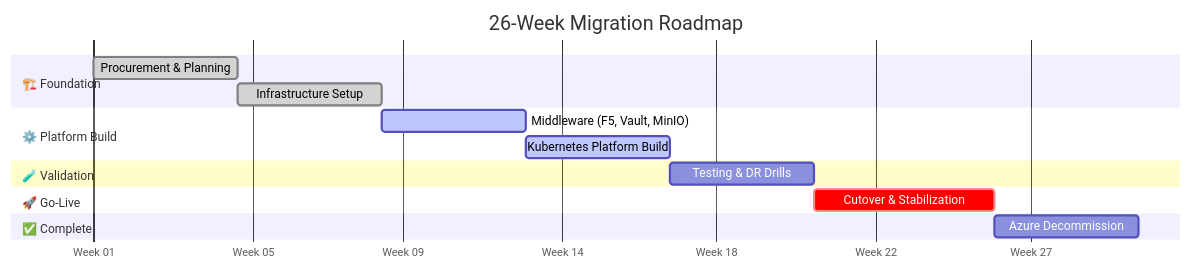
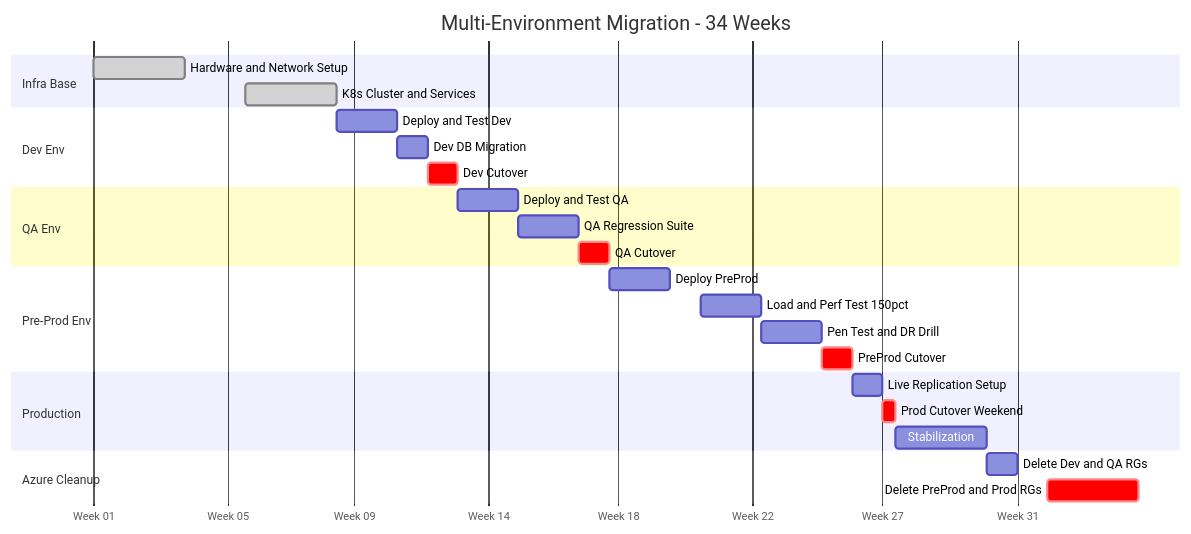
One commit to Shasi19/Azure-VxRail-VMware-Migration changed the second of 4 diagrams in docs/Presentation/01-Executive-Presentation.md. Above: the diagram before and after it, drawn with Mermaid. The commit also changed other lines of this file and 4 other files, not shown here.

First line of the commit message:
Add Component Purpose Guide, Multi-Env Migration Plan, fix render issues

````diff
--- a/docs/Presentation/01-Executive-Presentation.md
+++ b/docs/Presentation/01-Executive-Presentation.md
@@ -79,23 +79,35 @@
 ```mermaid
 gantt
-    title 26-Week Migration Roadmap
-    dateFormat  YYYY-MM-DD
-    axisFormat  Week %W
+    title Multi-Environment Migration - 34 Weeks
+    dateFormat YYYY-MM-DD
+    axisFormat Week %W
 
-    section 🏗️ Foundation
-    Procurement & Planning      :done, w1, 2024-01-01, 28d
-    Infrastructure Setup        :done, w2, 2024-01-29, 28d
+    section Infra Base
+    Hardware and Network Setup  :done,   p0a, 2024-01-01, 21d
+    K8s Cluster and Services    :done,   p0b, 2024-02-05, 21d
 
-    section ⚙️ Platform Build
-    Middleware (F5, Vault, MinIO):active, w3, 2024-02-26, 28d
-    Kubernetes Platform Build   :active, w4, 2024-03-25, 28d
+    section Dev Env
+    Deploy and Test Dev         :        p1a, 2024-02-26, 14d
+    Dev DB Migration            :        p1b, 2024-03-11, 7d
+    Dev Cutover                 :crit,   p1c, 2024-03-18, 7d
 
-    section 🧪 Validation
-    Testing & DR Drills         :w5, 2024-04-22, 28d
+    section QA Env
+    Deploy and Test QA          :        p2a, 2024-03-25, 14d
+    QA Regression Suite         :        p2b, 2024-04-08, 14d
+    QA Cutover                  :crit,   p2c, 2024-04-22, 7d
 
-    section 🚀 Go-Live
-    Cutover & Stabilization     :crit, w6, 2024-05-20, 35d
+    section Pre-Prod Env
+    Deploy PreProd              :        p3a, 2024-04-29, 14d
+    Load and Perf Test 150pct   :        p3b, 2024-05-20, 14d
+    Pen Test and DR Drill       :        p3c, 2024-06-03, 14d
+    PreProd Cutover             :crit,   p3d, 2024-06-17, 7d
 
-    section ✅ Complete
-    Azure Decommission          :w7, 2024-06-24, 28d
+    section Production
+    Live Replication Setup      :        p4a, 2024-06-24, 7d
+    Prod Cutover Weekend        :crit,   p4b, 2024-07-01, 3d
+    Stabilization               :        p4c, 2024-07-04, 21d
+
+    section Azure Cleanup
+    Delete Dev and QA RGs       :        p5a, 2024-07-25, 7d
+    Delete PreProd and Prod RGs :crit,   p5b, 2024-08-08, 21d
 ```
````
